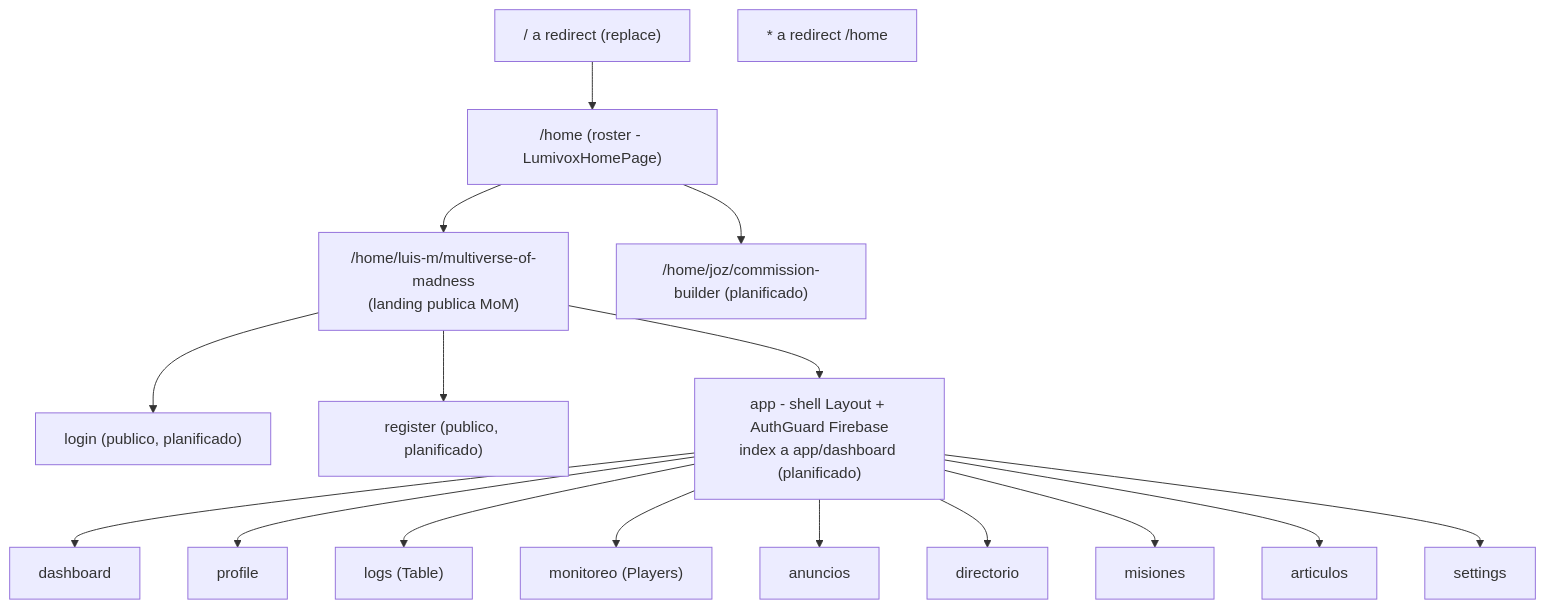
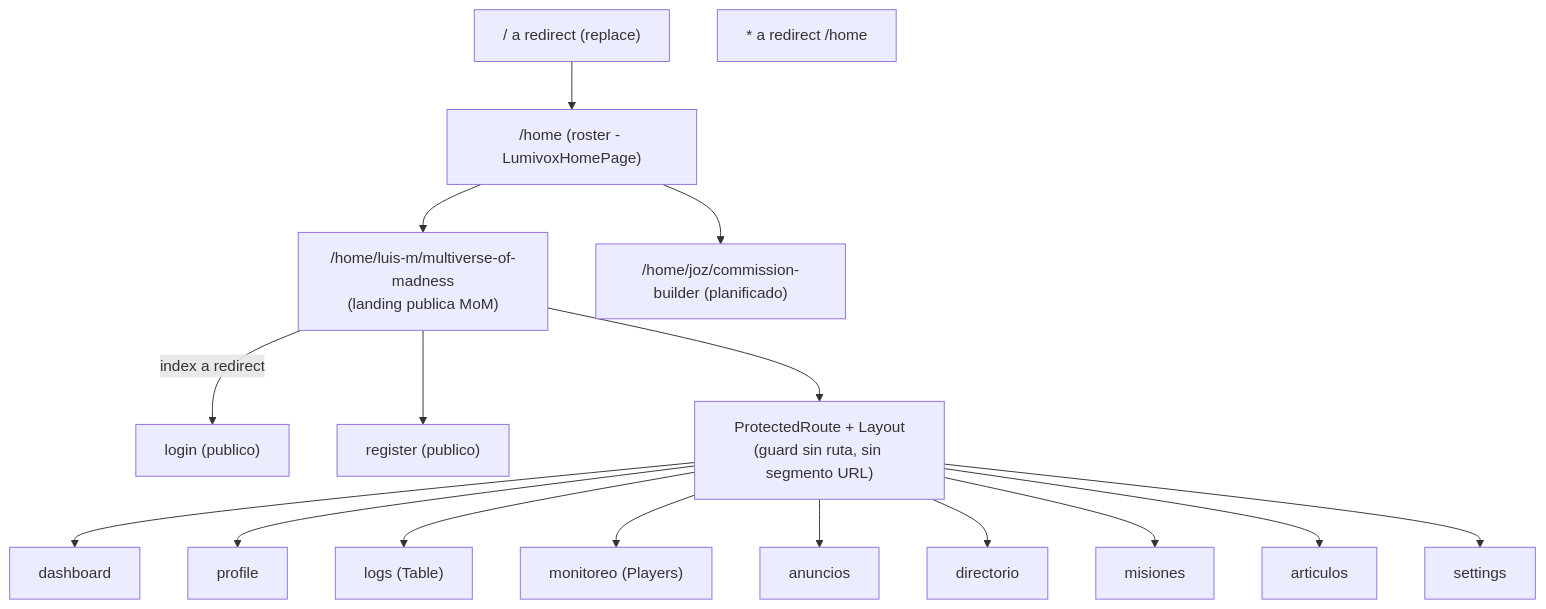
The fourth of 4 diagrams in docs/arc42/architecture.md (LuisMiguelMedina/LuisMiguelMedina.github.io), drawn with Mermaid before and after one commit. The commit also changed other lines of this file and 65 other files, not shown here.

````diff
--- a/docs/arc42/architecture.md
+++ b/docs/arc42/architecture.md
@@ -353,19 +347,19 @@
 ```mermaid
 graph TD
   ROOT["/ a redirect (replace)"] --> HOME["/home (roster - LumivoxHomePage)"]
   HOME --> LM["/home/luis-m/multiverse-of-madness<br/>(landing publica MoM)"]
   HOME --> JZ["/home/joz/commission-builder (planificado)"]
-  LM --> LOGIN["login (publico, planificado)"]
-  LM --> REG["register (publico, planificado)"]
-  LM --> APP["app - shell Layout + AuthGuard Firebase<br/>index a app/dashboard (planificado)"]
-  APP --> DASH[dashboard]
-  APP --> PROF[profile]
-  APP --> LOGS["logs (Table)"]
-  APP --> MON["monitoreo (Players)"]
-  APP --> ANU[anuncios]
-  APP --> DIR[directorio]
-  APP --> MIS[misiones]
-  APP --> ART[articulos]
-  APP --> SET[settings]
+  LM -->|"index a redirect"| LOGIN["login (publico)"]
+  LM --> REG["register (publico)"]
+  LM --> GUARD["ProtectedRoute + Layout<br/>(guard sin ruta, sin segmento URL)"]
+  GUARD --> DASH[dashboard]
+  GUARD --> PROF[profile]
+  GUARD --> LOGS["logs (Table)"]
+  GUARD --> MON["monitoreo (Players)"]
+  GUARD --> ANU[anuncios]
+  GUARD --> DIR[directorio]
+  GUARD --> MIS[misiones]
+  GUARD --> ART[articulos]
+  GUARD --> SET[settings]
   WILD["* a redirect /home"]
 ```
````
